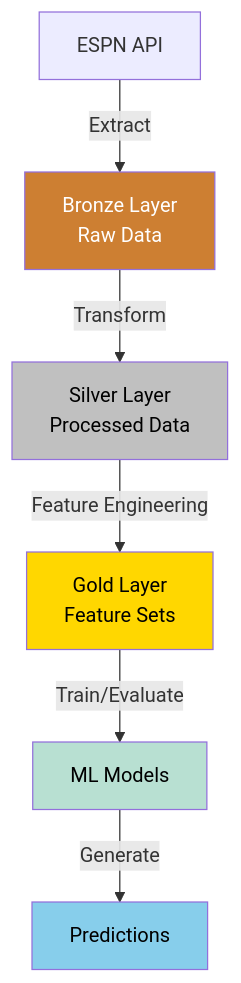
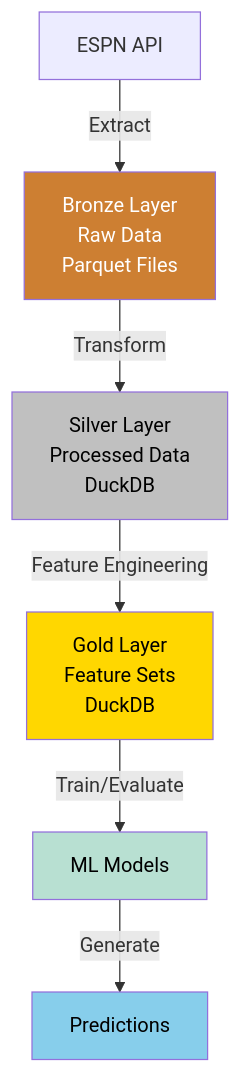
The diagram in docs/architecture/index.md (tim-mcdonnell/ncaa-prediction-model), drawn with Mermaid before and after one commit. The commit also changed other lines of this file and 5 other files, not shown here.

Commit message:
Documentation updates for new bronze layer architecture

````diff
--- a/docs/architecture/index.md
+++ b/docs/architecture/index.md
@@ -19,14 +19,14 @@
 ```mermaid
 graph TD
-    DS[ESPN API] -->|Extract| B[Bronze Layer<br>Raw Data]
-    B -->|Transform| S[Silver Layer<br>Processed Data]
-    S -->|Feature Engineering| G[Gold Layer<br>Feature Sets]
+    DS[ESPN API] -->|Extract| B[Bronze Layer<br>Raw Data<br>Parquet Files]
+    B -->|Transform| S[Silver Layer<br>Processed Data<br>DuckDB]
+    S -->|Feature Engineering| G[Gold Layer<br>Feature Sets<br>DuckDB]
     G -->|Train/Evaluate| ML[ML Models]
     ML -->|Generate| P[Predictions]
 
     style B fill:#cd7f32,color:white
     style S fill:#c0c0c0,color:black
     style G fill:#ffd700,color:black
     style ML fill:#b8e0d2,color:black
     style P fill:#87ceeb,color:black
 ```
````
